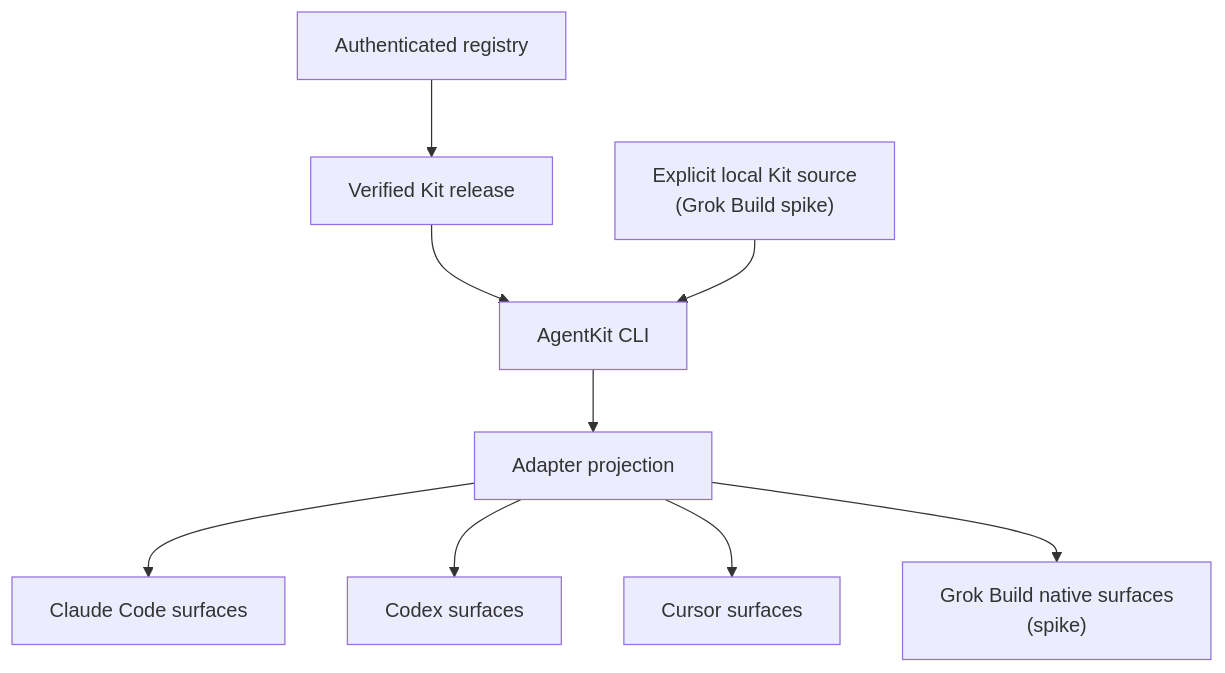
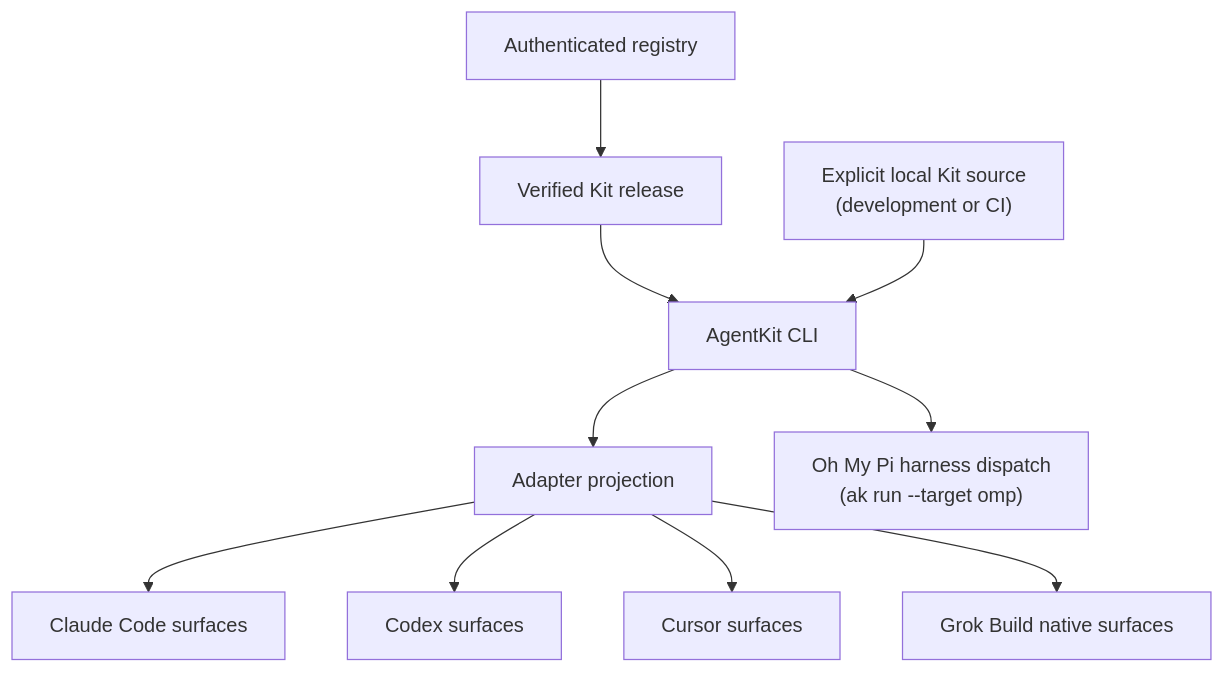
One commit to bestagentkits/agentkit-docs changed the diagram in content/docs/beta/concepts/architecture.en.mdx. Above: the diagram before and after it, drawn with Mermaid. The commit also changed other lines of this file and 62 other files, not shown here.

````diff
--- a/content/docs/beta/concepts/architecture.en.mdx
+++ b/content/docs/beta/concepts/architecture.en.mdx
@@ -10,13 +10,14 @@
 ```mermaid
 flowchart TB
   accTitle: From a Kit source to runtime surfaces
   accDescr: An authenticated registry supplies verified Kit releases for released targets, while an explicit local source supplies Kits for development-only targets. The AgentKit CLI projects each Kit through a runtime adapter.
   registry["Authenticated registry"] --> release["Verified Kit release"]
   release --> cli["AgentKit CLI"]
-  local["Explicit local Kit source<br/>(Grok Build spike)"] --> cli
+  local["Explicit local Kit source<br/>(development or CI)"] --> cli
   cli --> adapter["Adapter projection"]
   adapter --> claude["Claude Code surfaces"]
   adapter --> codex["Codex surfaces"]
   adapter --> cursor["Cursor surfaces"]
-  adapter --> grok["Grok Build native surfaces<br/>(spike)"]
+  adapter --> grok["Grok Build native surfaces"]
+  cli --> omp["Oh My Pi harness dispatch<br/>(ak run --target omp)"]
 ```
````
